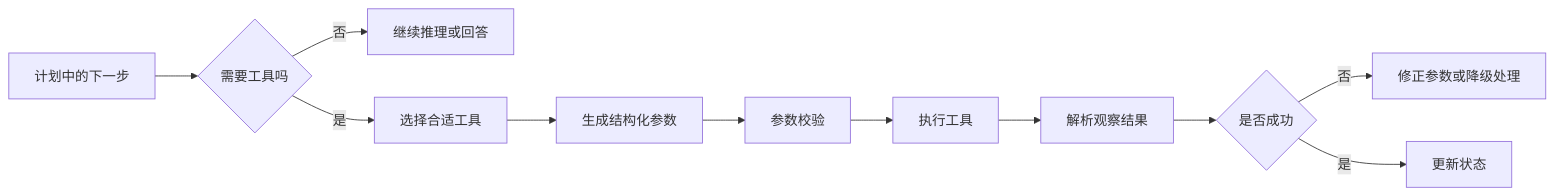
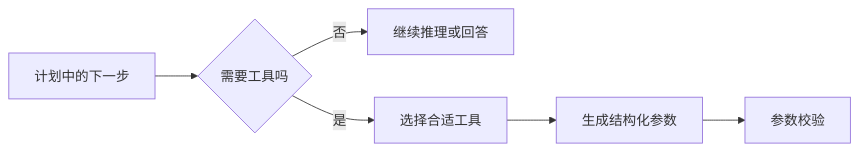
Before and after one commit to oudbiao/AI-fullstack-course: the third of 4 diagrams in docs/stage9/ch03-tools/00-roadmap.md, drawn with Mermaid. The commit also changed other lines of this file and 139 other files, not shown here.

````diff
--- a/docs/stage9/ch03-tools/00-roadmap.md
+++ b/docs/stage9/ch03-tools/00-roadmap.md
@@ -54,13 +54,8 @@
 ```mermaid
 flowchart LR
   A[计划中的下一步] --> B{需要工具吗}
   B -- 否 --> C[继续推理或回答]
   B -- 是 --> D[选择合适工具]
   D --> E[生成结构化参数]
   E --> F[参数校验]
-  F --> G[执行工具]
-  G --> H[解析观察结果]
-  H --> I{是否成功}
-  I -- 否 --> J[修正参数或降级处理]
-  I -- 是 --> K[更新状态]
 ```
````
